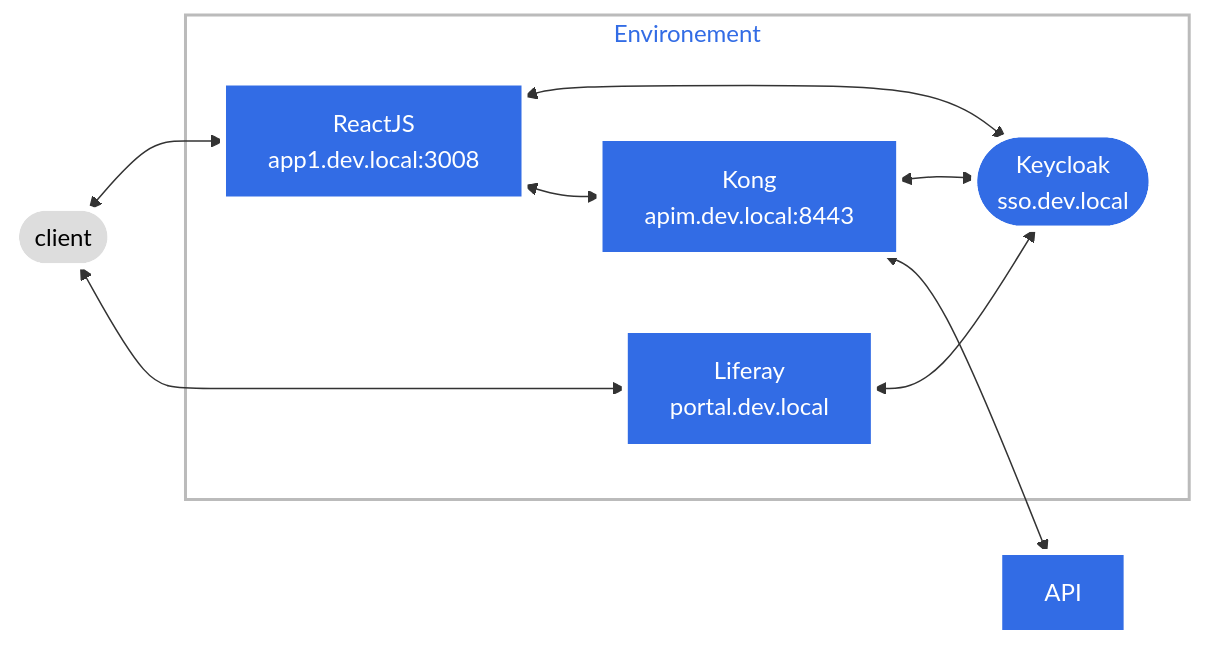
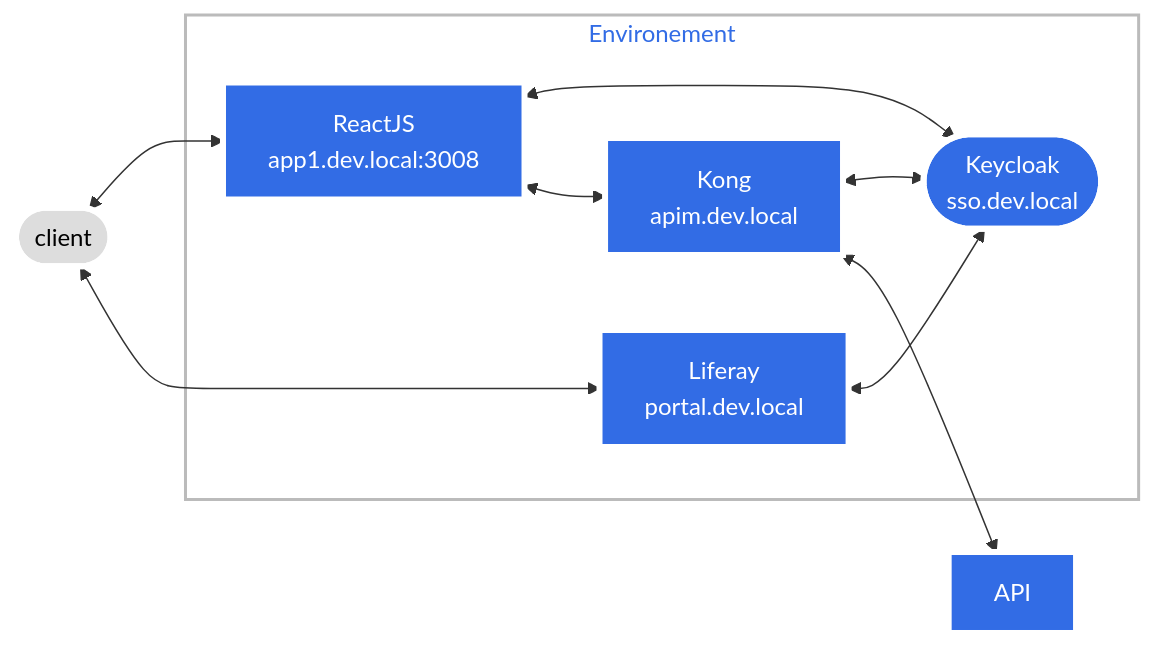
The second of 2 diagrams in poc1-reactjs-liferay-keycloak/README.markdown (ThierryTouin/liferay-oauth-test), drawn with Mermaid before and after one commit. The commit also changed other lines of this file, not shown here.

````diff
--- a/poc1-reactjs-liferay-keycloak/README.markdown
+++ b/poc1-reactjs-liferay-keycloak/README.markdown
@@ -41,43 +41,43 @@
 ```mermaid
 
 graph  LR
 
 %% Nodes
 
 APP1[ReactJS<br>app1.dev.local:3008]
 Portal[Liferay<br>portal.dev.local]
-APIM[Kong<br>apim.dev.local:8443]
+APIM[Kong<br>apim.dev.local]
 API[API]
 C([client])
 SSO([Keycloak<br>sso.dev.local])
 
 
 %% Links	
 
 C <--> APP1 ;
 C <--> Portal ;
 subgraph Environement
     APP1 <--> SSO;
 	APP1 <--> APIM;
 	APIM <--> SSO;
 	Portal <--> SSO;
 	%%APP1-.servi par.-SRV;
 end
 
 APIM <--> API;
 
 %% Defining node styles
 
   classDef plain fill:#ddd,stroke:#fff,stroke-width:4px,color:#000;
   classDef k8s fill:#326ce5,stroke:#fff,stroke-width:4px,color:#fff;
   classDef cluster fill:#fff,stroke:#bbb,stroke-width:2px,color:#326ce5;
   
 %% Assigning styles to nodes
 
   class Portal,APP1,APIM,API,SSO k8s;
   class C plain;
   class cluster cluster;
 	
 
 
 ```
````
